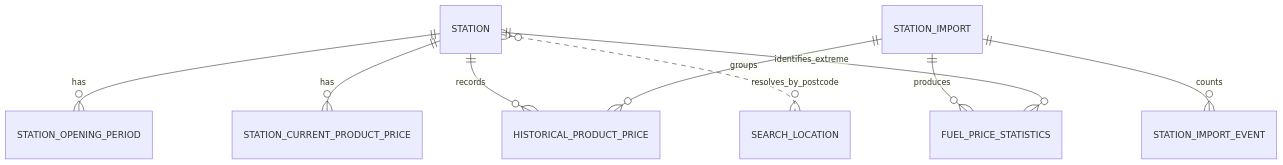
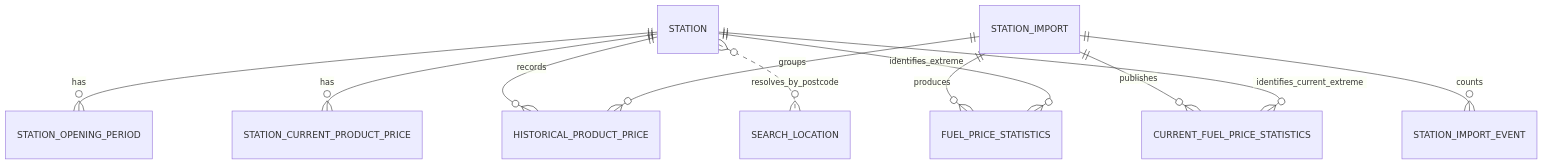
The fifth of 5 diagrams in docs/solution.md (jorgemunoz-dev/station-search-api), drawn with Mermaid before and after one commit. The commit also changed other lines of this file and 5 other files, not shown here.

Commit message:
Optimize current fuel statistics reads

````diff
--- a/docs/solution.md
+++ b/docs/solution.md
@@ -165,11 +165,13 @@
 ```mermaid
 erDiagram
     STATION ||--o{ STATION_OPENING_PERIOD : has
     STATION ||--o{ STATION_CURRENT_PRODUCT_PRICE : has
     STATION ||--o{ HISTORICAL_PRODUCT_PRICE : records
     STATION_IMPORT ||--o{ STATION_IMPORT_EVENT : counts
     STATION_IMPORT ||--o{ HISTORICAL_PRODUCT_PRICE : groups
     STATION_IMPORT ||--o{ FUEL_PRICE_STATISTICS : produces
+    STATION_IMPORT ||--o{ CURRENT_FUEL_PRICE_STATISTICS : publishes
     STATION }o..o{ SEARCH_LOCATION : resolves_by_postcode
     STATION ||--o{ FUEL_PRICE_STATISTICS : identifies_extreme
+    STATION ||--o{ CURRENT_FUEL_PRICE_STATISTICS : identifies_current_extreme
 ```
````
